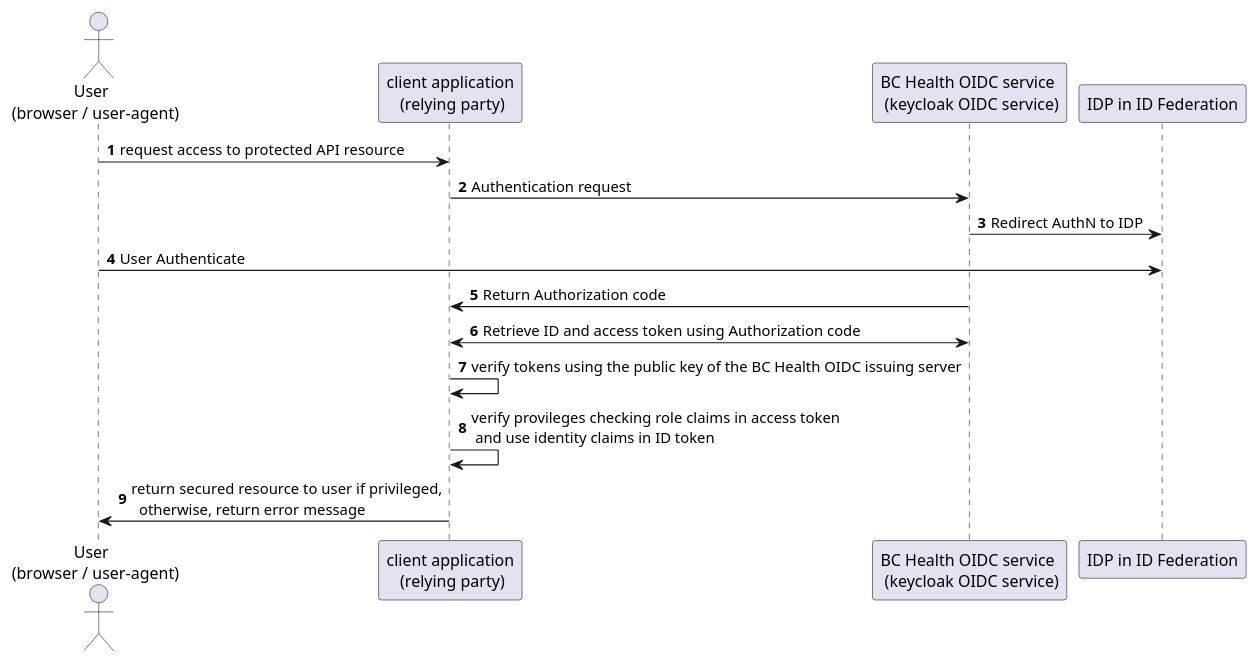
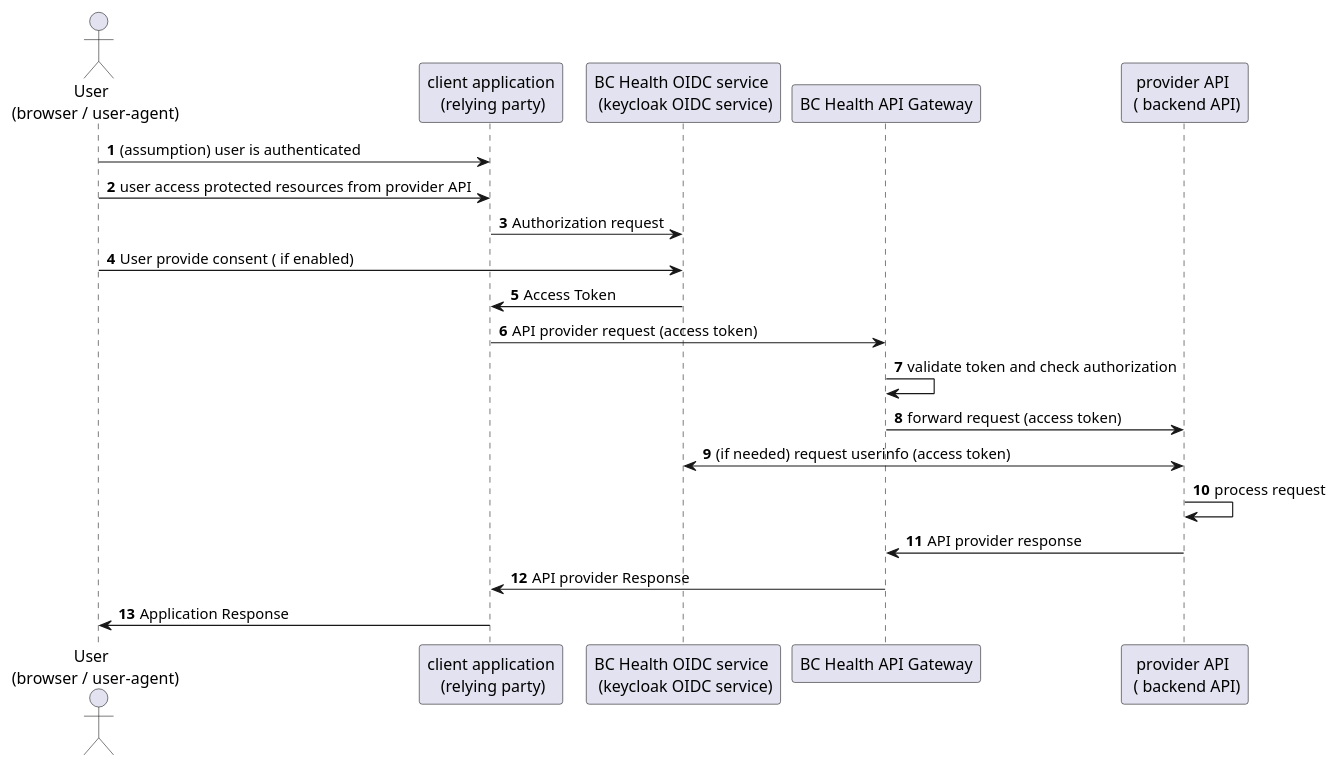
The diagram in docs/diagrams/src/OIDC_grant_flow_API.puml (bcgov/bcmoh-iam-integration-guide), drawn with PlantUML before and after one commit. The commit also changed 1 other file, not shown here.

Commit message:
updated OIDC grant flow diagram

```diff
--- a/docs/diagrams/src/OIDC_grant_flow_API.puml
+++ b/docs/diagrams/src/OIDC_grant_flow_API.puml
@@ -1,23 +1,32 @@
 @startuml OIDC_grant_flow
 autonumber
 
     actor "User  \n(browser / user-agent)"
 
-    "User  \n(browser / user-agent)"  ->  "client application\n (relying party)" : request access to protected API resource
+   "User  \n(browser / user-agent)" -> "client application\n (relying party)" : (assumption) user is authenticated
 
-    "client application\n (relying party)" -> "BC Health OIDC service \n (keycloak OIDC service)" : Authentication request
+   "User  \n(browser / user-agent)" -> "client application\n (relying party)" :  user access protected resources from provider API
 
-    "BC Health OIDC service \n (keycloak OIDC service)" -> "IDP in ID Federation" : Redirect AuthN to IDP
+    "client application\n (relying party)" -> "BC Health OIDC service \n (keycloak OIDC service)" : Authorization request
 
-   "User  \n(browser / user-agent)" -> "IDP in ID Federation" : User Authenticate
+      "User  \n(browser / user-agent)" -> "BC Health OIDC service \n (keycloak OIDC service)" : User provide consent ( if enabled)
 
-    "BC Health OIDC service \n (keycloak OIDC service)" -> "client application\n (relying party)" : Return Authorization code
+    "BC Health OIDC service \n (keycloak OIDC service)" -> "client application\n (relying party)" : Access Token
 
-    "client application\n (relying party)" <-> "BC Health OIDC service \n (keycloak OIDC service)"  : Retrieve ID and access token using Authorization code
+    "client application\n (relying party)" -> "BC Health API Gateway" : API provider request (access token)
 
-    "client application\n (relying party)" -> "client application\n (relying party)" : verify tokens using the public key of the BC Health OIDC issuing server
+    "BC Health API Gateway"  -> "BC Health API Gateway"  : validate token and check authorization
 
-    "client application\n (relying party)" -> "client application\n (relying party)" : verify provileges checking role claims in access token \n and use identity claims in ID token
+    "BC Health API Gateway"  -> "provider API \n ( backend API)" : forward request (access token)
 
-    "client application\n (relying party)" -> "User  \n(browser / user-agent)"  : return secured resource to user if privileged,\n  otherwise, return error message
+   "provider API \n ( backend API)" <->  "BC Health OIDC service \n (keycloak OIDC service)"  :  (if needed) request userinfo (access token)
+
+   "provider API \n ( backend API)" -> "provider API \n ( backend API)"   :  process request
+
+   "provider API \n ( backend API)" ->  "BC Health API Gateway"  :  API provider response
+
+    "BC Health API Gateway" -> "client application\n (relying party)" : API provider Response
+
+    "client application\n (relying party)" -> "User  \n(browser / user-agent)"    : Application Response
+
 @enduml
```
